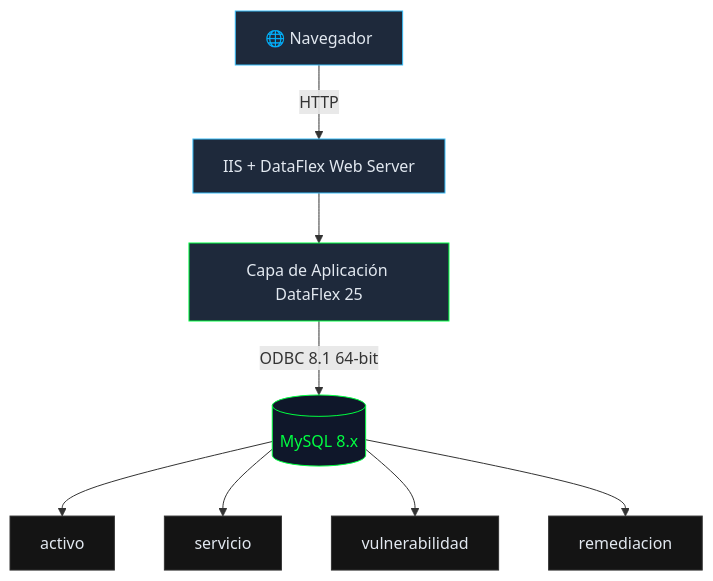
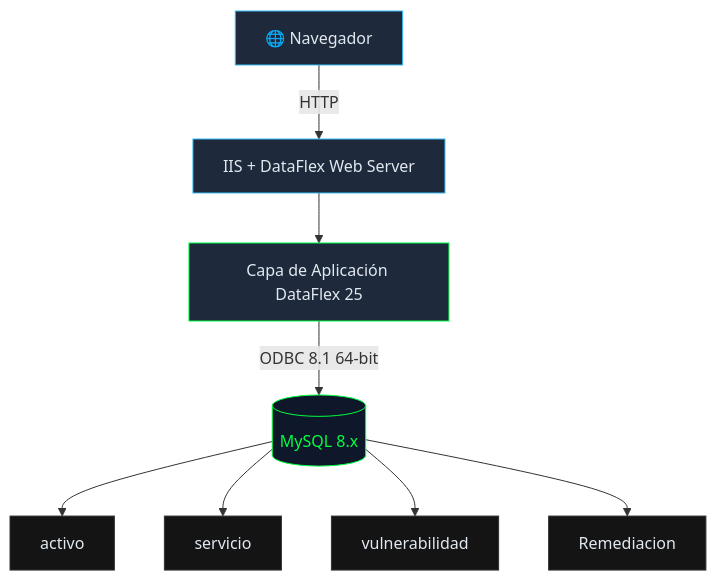
The diagram in README.md (JesusQP10/VulnTrack), drawn with Mermaid before and after one commit.

````diff
--- a/README.md
+++ b/README.md
@@ -41,19 +41,19 @@
 ```mermaid
 graph TD
     A[🌐 Navegador] -->|HTTP| B[IIS + DataFlex Web Server]
     B --> C[Capa de Aplicación DataFlex 25]
     C -->|ODBC 8.1 64-bit| D[(MySQL 8.x)]
     D --> E[activo]
     D --> F[servicio]
     D --> G[vulnerabilidad]
-    D --> H[remediacion]
+    D --> H[Remediacion]
 
     style A fill:#1e293b,stroke:#38bdf8,color:#e2e8f0
     style B fill:#1e293b,stroke:#38bdf8,color:#e2e8f0
     style C fill:#1e293b,stroke:#00ff41,color:#e2e8f0
     style D fill:#0f172a,stroke:#00ff41,color:#00ff41
     style E fill:#141414,stroke:#333,color:#e2e8f0
     style F fill:#141414,stroke:#333,color:#e2e8f0
     style G fill:#141414,stroke:#333,color:#e2e8f0
     style H fill:#141414,stroke:#333,color:#e2e8f0
 ```
````
